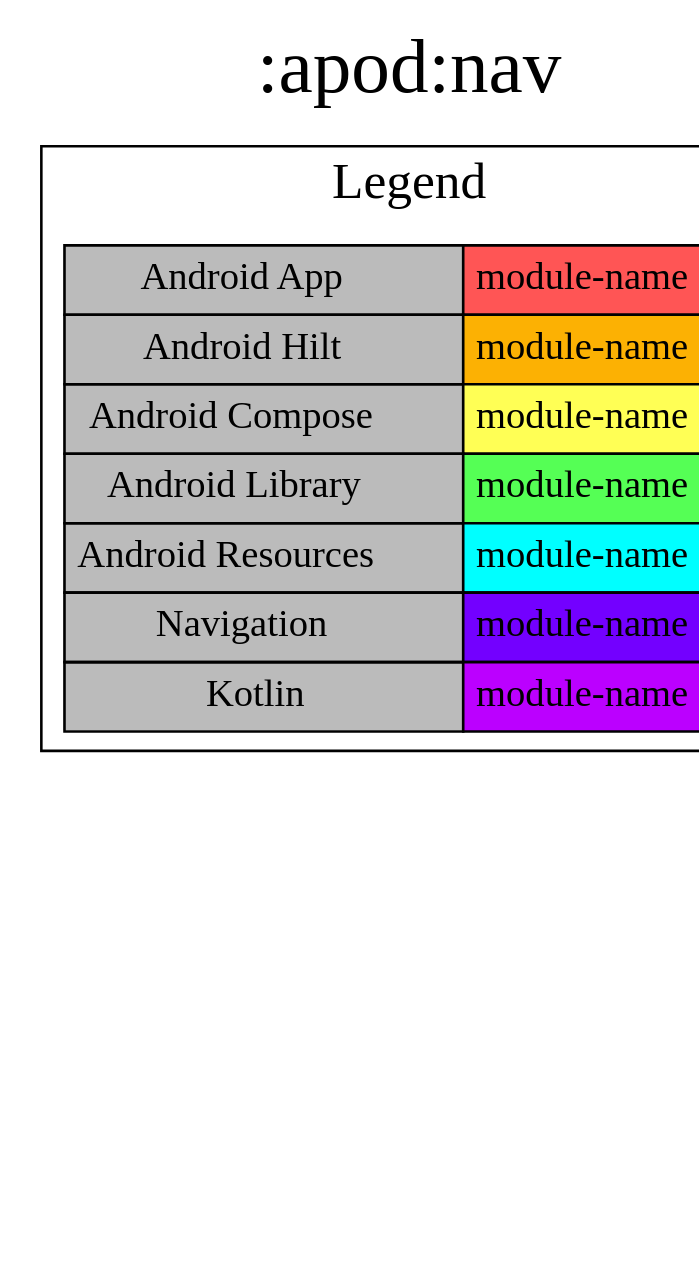
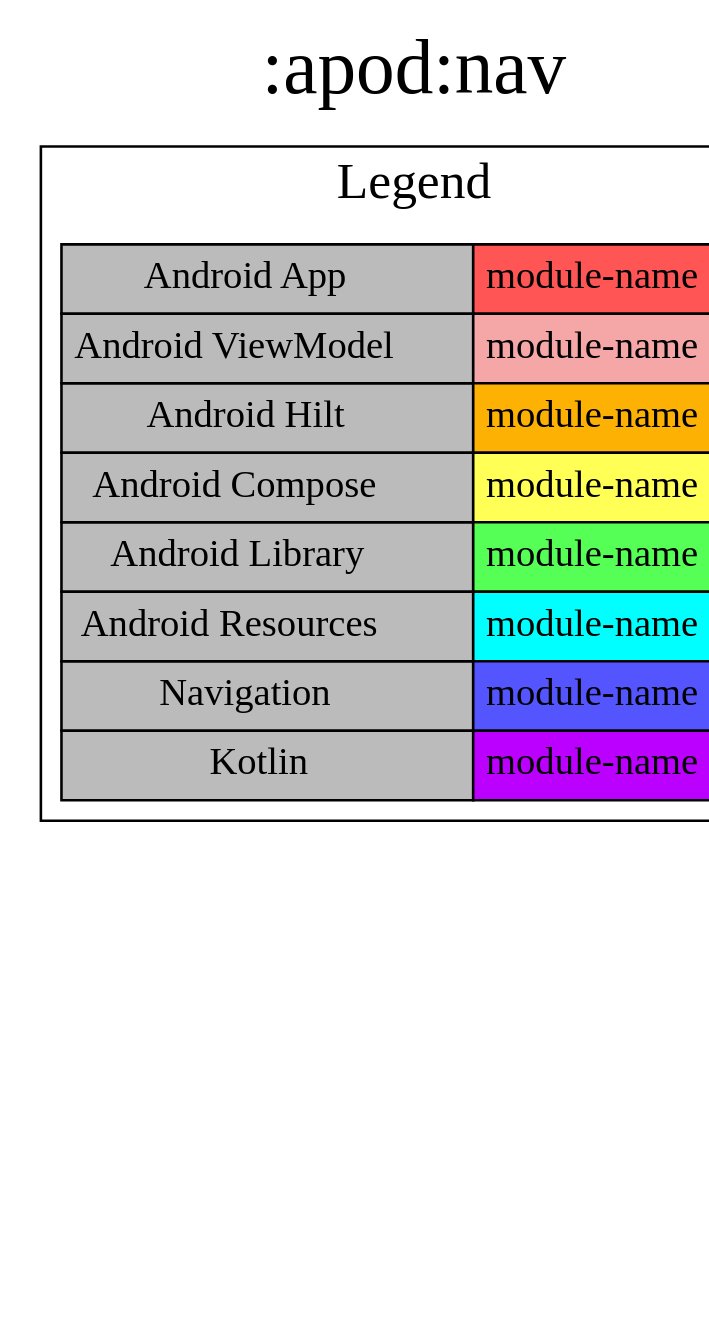
One commit to jonapoul/nasa-android changed the diagram in modules/apod/nav/project-dependency-graph.dot. Above: the diagram before and after it, drawn with Graphviz. The commit also changed 262 other files, not shown here.

```diff
--- a/modules/apod/nav/project-dependency-graph.dot
+++ b/modules/apod/nav/project-dependency-graph.dot
@@ -1,25 +1,26 @@
 digraph {
 edge ["dir"="forward"]
 graph ["dpi"="100","label"=":apod:nav","labelloc"="t","fontsize"="30","ranksep"="2.5","rankdir"="TB"]
 node ["style"="filled"]
-":apod:nav" ["fillcolor"="#7300FF","shape"="box"]
+":apod:nav" ["fillcolor"="#5555FF","shape"="box"]
 {
 edge ["dir"="none"]
 graph ["rank"="same"]
 }
 subgraph "cluster_legend" {
 edge ["dir"="none"]
 graph ["label"="Legend","fontsize"="20"]
 "Legend" ["style"="filled","fillcolor"="#bbbbbb","shape"="none","margin"="0","fontsize"="15","label"=<
 <TABLE BORDER="0" CELLBORDER="1" CELLSPACING="0" CELLPADDING="4">
 <TR><TD>Android App</TD><TD BGCOLOR="#FF5555">module-name</TD></TR>
+<TR><TD>Android ViewModel</TD><TD BGCOLOR="#F5A6A6">module-name</TD></TR>
 <TR><TD>Android Hilt</TD><TD BGCOLOR="#FCB103">module-name</TD></TR>
 <TR><TD>Android Compose</TD><TD BGCOLOR="#FFFF55">module-name</TD></TR>
 <TR><TD>Android Library</TD><TD BGCOLOR="#55FF55">module-name</TD></TR>
 <TR><TD>Android Resources</TD><TD BGCOLOR="#00FFFF">module-name</TD></TR>
-<TR><TD>Navigation</TD><TD BGCOLOR="#7300FF">module-name</TD></TR>
+<TR><TD>Navigation</TD><TD BGCOLOR="#5555FF">module-name</TD></TR>
 <TR><TD>Kotlin</TD><TD BGCOLOR="#BB00FF">module-name</TD></TR>
 </TABLE>
 >]
 } -> ":apod:nav" ["style"="invis"]
 }
```
